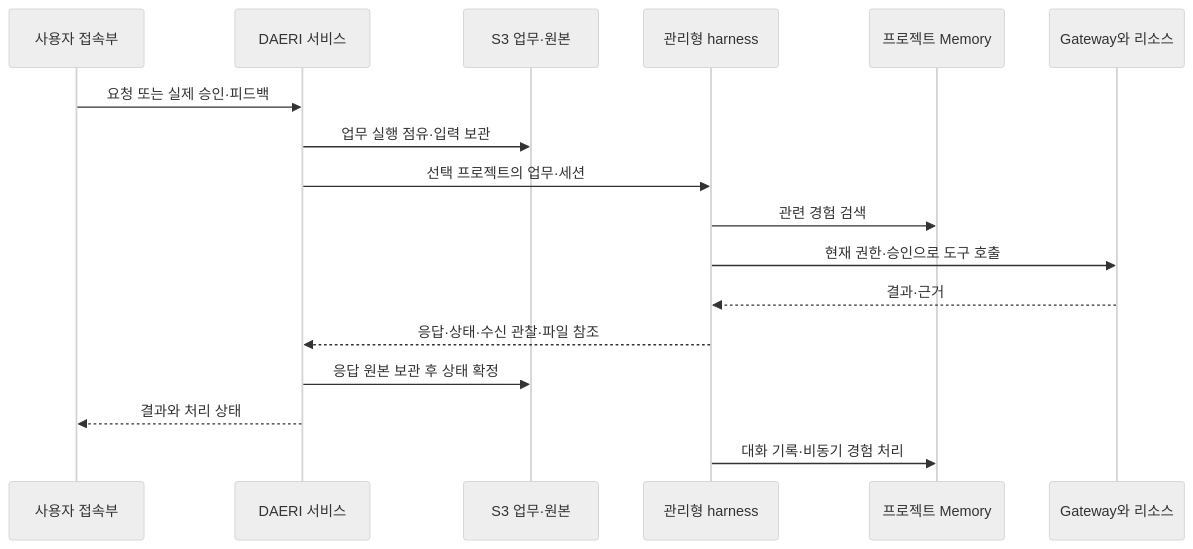
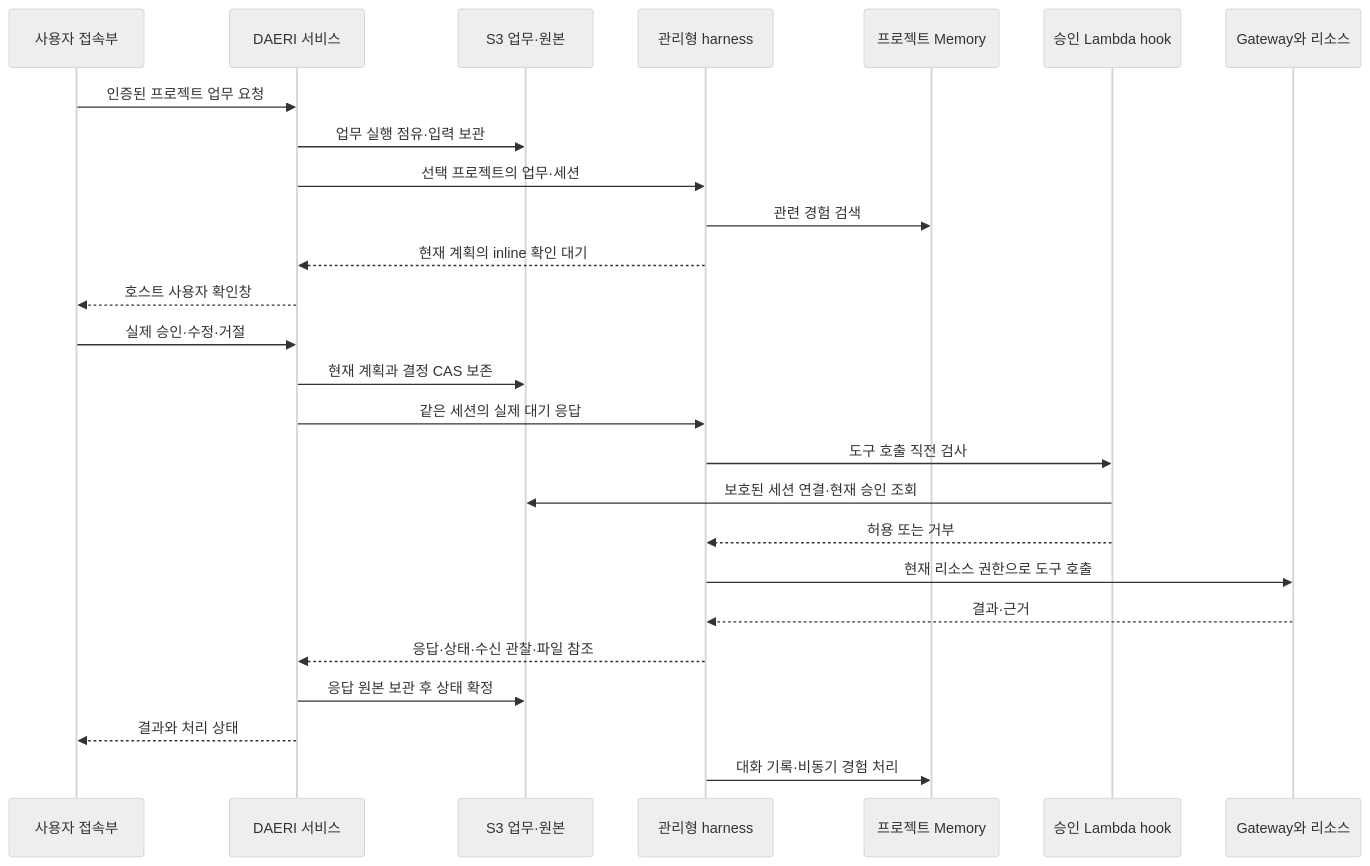
The diagram in docs/architecture/overview.md (VVoodyHong/DAERI), drawn with Mermaid (neutral theme) before and after one commit. The commit also changed other lines of this file and 53 other files, not shown here.

````diff
--- a/docs/architecture/overview.md
+++ b/docs/architecture/overview.md
@@ -38,19 +45,28 @@
 ```mermaid
 sequenceDiagram
     participant Client as 사용자 접속부
     participant DAERI as DAERI 서비스
     participant S3 as S3 업무·원본
     participant Harness as 관리형 harness
     participant Memory as 프로젝트 Memory
+    participant Guard as 승인 Lambda hook
     participant Gateway as Gateway와 리소스
-    Client->>DAERI: 요청 또는 실제 승인·피드백
+    Client->>DAERI: 인증된 프로젝트 업무 요청
     DAERI->>S3: 업무 실행 점유·입력 보관
     DAERI->>Harness: 선택 프로젝트의 업무·세션
     Harness->>Memory: 관련 경험 검색
-    Harness->>Gateway: 현재 권한·승인으로 도구 호출
+    Harness-->>DAERI: 현재 계획의 inline 확인 대기
+    DAERI-->>Client: 호스트 사용자 확인창
+    Client->>DAERI: 실제 승인·수정·거절
+    DAERI->>S3: 현재 계획과 결정 CAS 보존
+    DAERI->>Harness: 같은 세션의 실제 대기 응답
+    Harness->>Guard: 도구 호출 직전 검사
+    Guard->>S3: 보호된 세션 연결·현재 승인 조회
+    Guard-->>Harness: 허용 또는 거부
+    Harness->>Gateway: 현재 리소스 권한으로 도구 호출
     Gateway-->>Harness: 결과·근거
     Harness-->>DAERI: 응답·상태·수신 관찰·파일 참조
     DAERI->>S3: 응답 원본 보관 후 상태 확정
     DAERI-->>Client: 결과와 처리 상태
     Harness->>Memory: 대화 기록·비동기 경험 처리
 ```
````
